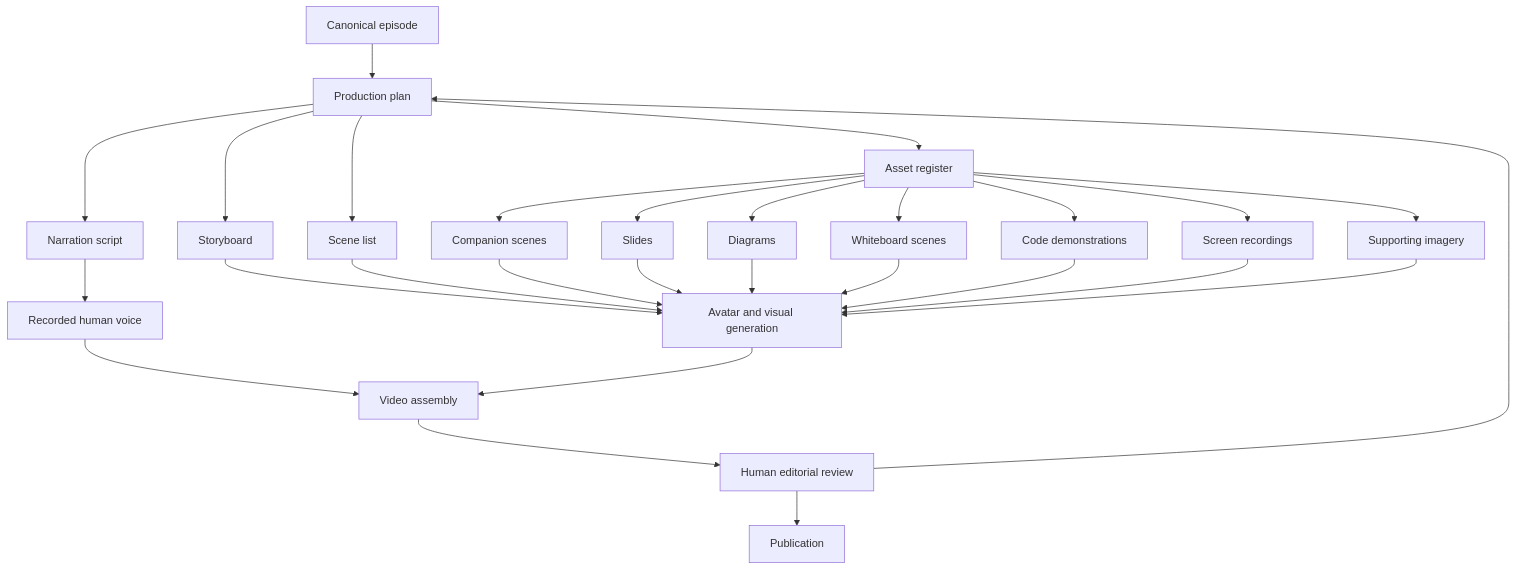
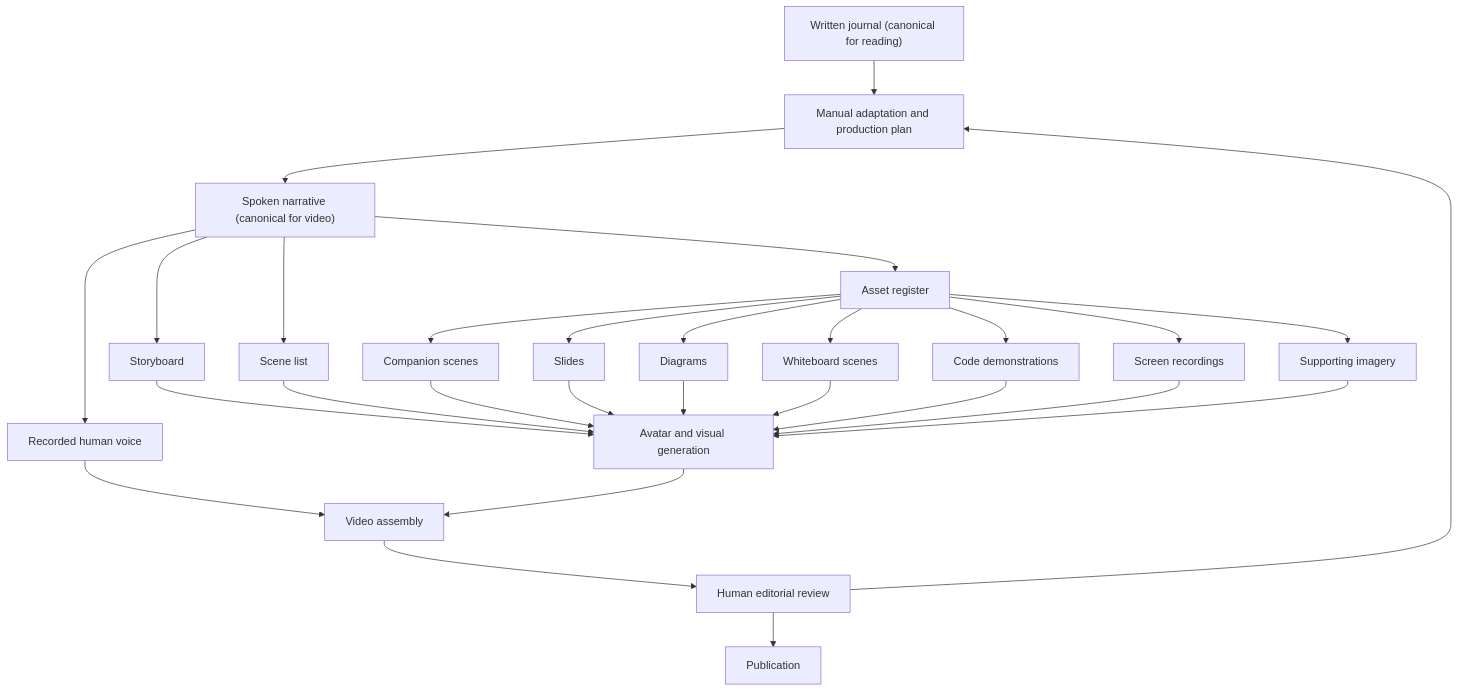
Before and after one commit to russelleast/articulate: the diagram in production/architecture/media-system.md, drawn with Mermaid. The commit also changed other lines of this file and 74 other files, not shown here.

First line of the commit message:
wip (website): added Ep0 video to the home page. added youtube url and thumbnail front matter. Added narrative as the audio source for production.

````diff
--- a/production/architecture/media-system.md
+++ b/production/architecture/media-system.md
@@ -44,30 +47,30 @@
 ```mermaid
 flowchart TD
-    A["Canonical episode"] --> B["Production plan"]
-    B --> C["Narration script"]
-    B --> D["Storyboard"]
-    B --> E["Scene list"]
-    B --> F["Asset register"]
+    A["Written journal (canonical for reading)"] --> B["Manual adaptation and production plan"]
+    B --> C["Spoken narrative (canonical for video)"]
+    C --> D["Storyboard"]
+    C --> E["Scene list"]
+    C --> F["Asset register"]
     F --> G["Companion scenes"]
     F --> H["Slides"]
     F --> I["Diagrams"]
     F --> J["Whiteboard scenes"]
     F --> K["Code demonstrations"]
     F --> L["Screen recordings"]
     F --> M["Supporting imagery"]
     C --> N["Recorded human voice"]
     D --> O["Avatar and visual generation"]
     E --> O
     G --> O
     H --> O
     I --> O
     J --> O
     K --> O
     L --> O
     M --> O
     N --> P["Video assembly"]
     O --> P
     P --> Q["Human editorial review"]
     Q --> R["Publication"]
     Q --> B
 ```
````
